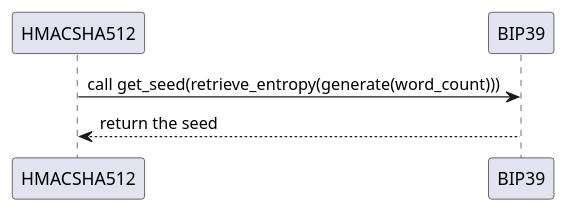
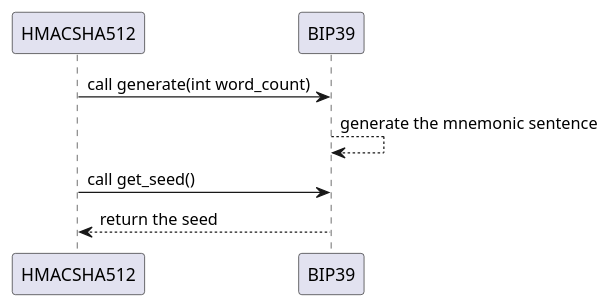
The diagram in doc/bip39.md (alchekroun/projet_blockchain_python), drawn with PlantUML before and after one commit.

Commit message:
[doc] update schema

````diff
--- a/doc/bip39.md
+++ b/doc/bip39.md
@@ -33,11 +33,12 @@
 ```plantuml
 @startuml
 participant  "HMACSHA512" as hmac
 participant "BIP39" as bip
 
-
-hmac -> bip : call get_seed(retrieve_entropy(generate(word_count)))
+hmac -> bip : call generate(int word_count)
+bip --> bip : generate the mnemonic sentence
+hmac -> bip : call get_seed()
 bip --> hmac : return the seed 
 
 @enduml
 ```
````
